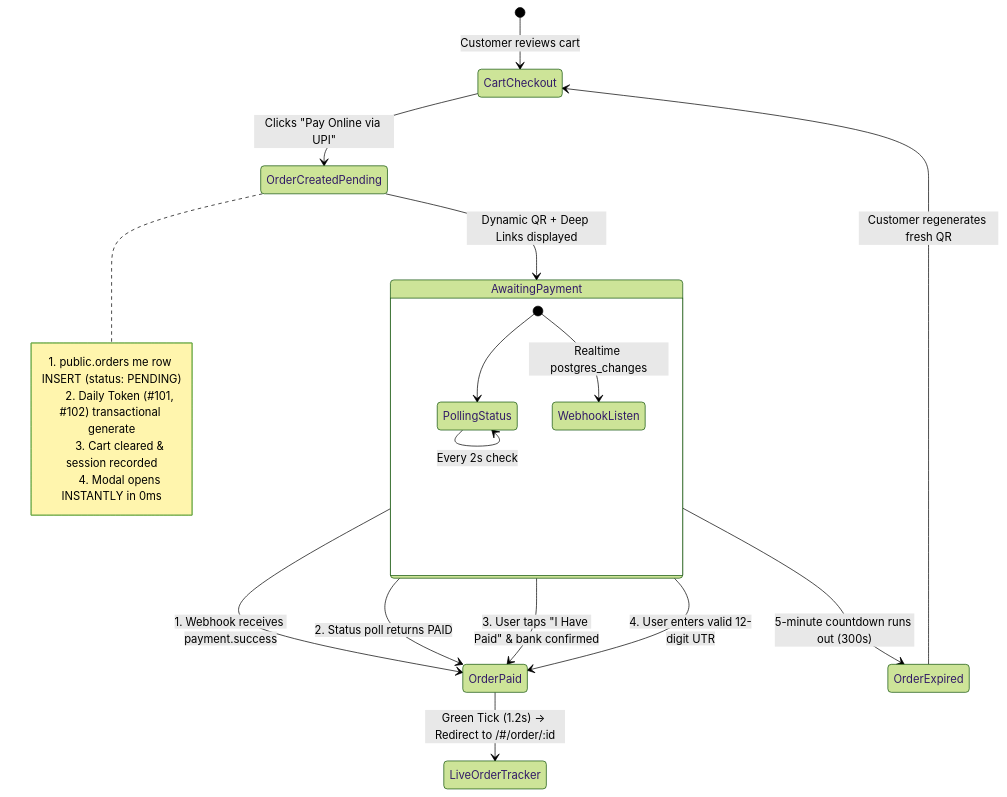
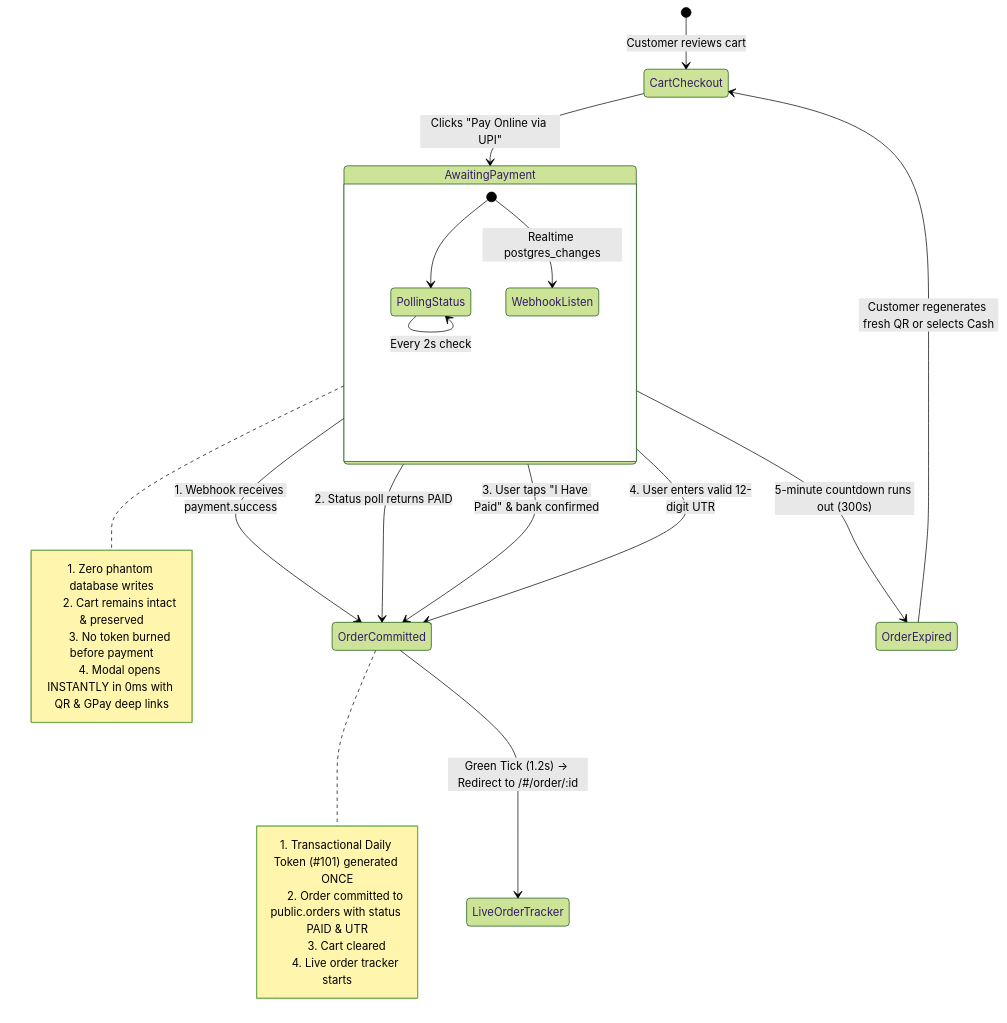
Before and after one commit to mohitsinghs0/FoodFax: the diagram in payment.md, drawn with Mermaid (forest theme). The commit also changed other lines of this file and 6 other files, not shown here.

````diff
--- a/payment.md
+++ b/payment.md
@@ -55,29 +55,34 @@
 ```mermaid
 stateDiagram-v2
     [*] --> CartCheckout: Customer reviews cart
-    CartCheckout --> OrderCreatedPending: Clicks "Pay Online via UPI"
+    CartCheckout --> AwaitingPayment: Clicks "Pay Online via UPI"
     
-    note right of OrderCreatedPending
-      1. public.orders me row INSERT (status: PENDING)
-      2. Daily Token (#101, #102) transactional generate
-      3. Cart cleared & session recorded
-      4. Modal opens INSTANTLY in 0ms
+    note right of AwaitingPayment
+      1. Zero phantom database writes
+      2. Cart remains intact & preserved
+      3. No token burned before payment
+      4. Modal opens INSTANTLY in 0ms with QR & GPay deep links
     end note
-
-    OrderCreatedPending --> AwaitingPayment: Dynamic QR + Deep Links displayed
 
     state AwaitingPayment {
         [*] --> PollingStatus
         PollingStatus --> PollingStatus: Every 2s check
         [*] --> WebhookListen: Realtime postgres_changes
     }
 
-    AwaitingPayment --> OrderPaid: 1. Webhook receives payment.success
-    AwaitingPayment --> OrderPaid: 2. Status poll returns PAID
-    AwaitingPayment --> OrderPaid: 3. User taps "I Have Paid" & bank confirmed
-    AwaitingPayment --> OrderPaid: 4. User enters valid 12-digit UTR
+    AwaitingPayment --> OrderCommitted: 1. Webhook receives payment.success
+    AwaitingPayment --> OrderCommitted: 2. Status poll returns PAID
+    AwaitingPayment --> OrderCommitted: 3. User taps "I Have Paid" & bank confirmed
+    AwaitingPayment --> OrderCommitted: 4. User enters valid 12-digit UTR
 
-    OrderPaid --> LiveOrderTracker: Green Tick (1.2s) -> Redirect to /#/order/:id
+    note right of OrderCommitted
+      1. Transactional Daily Token (#101) generated ONCE
+      2. Order committed to public.orders with status PAID & UTR
+      3. Cart cleared
+      4. Live order tracker starts
+    end note
+
+    OrderCommitted --> LiveOrderTracker: Green Tick (1.2s) -> Redirect to /#/order/:id
     AwaitingPayment --> OrderExpired: 5-minute countdown runs out (300s)
-    OrderExpired --> CartCheckout: Customer regenerates fresh QR
+    OrderExpired --> CartCheckout: Customer regenerates fresh QR or selects Cash
 ```
````
